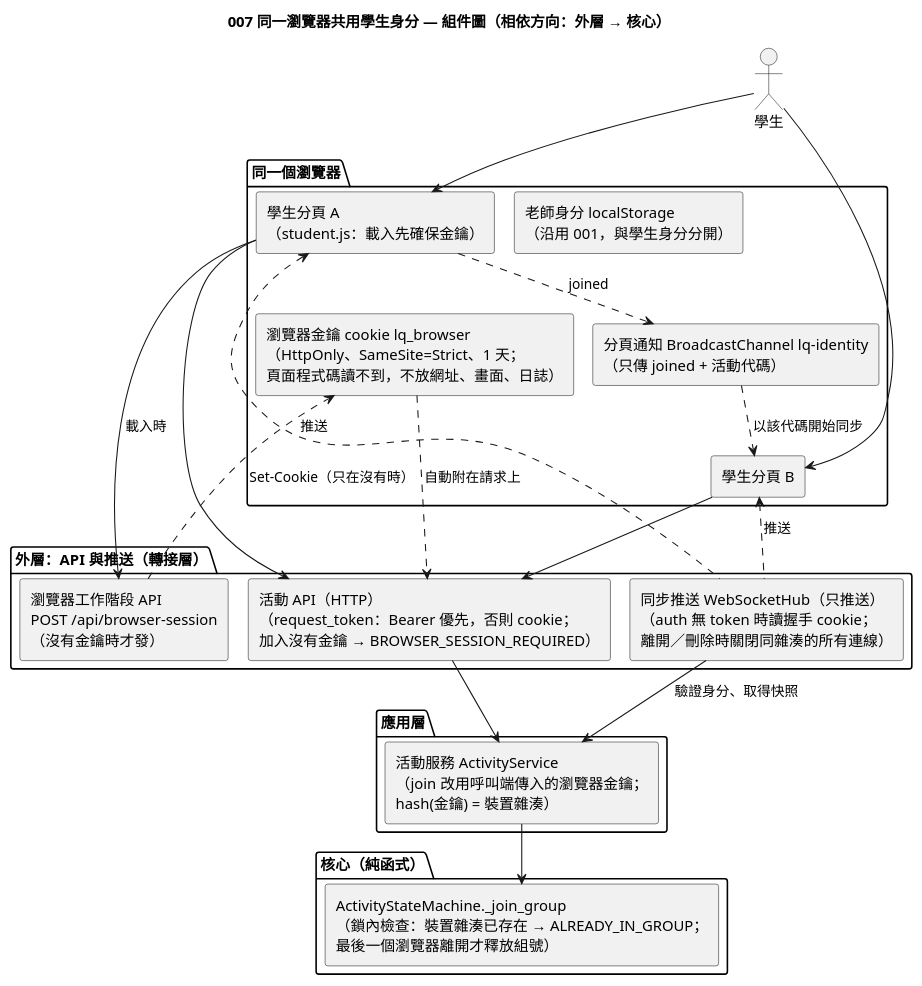
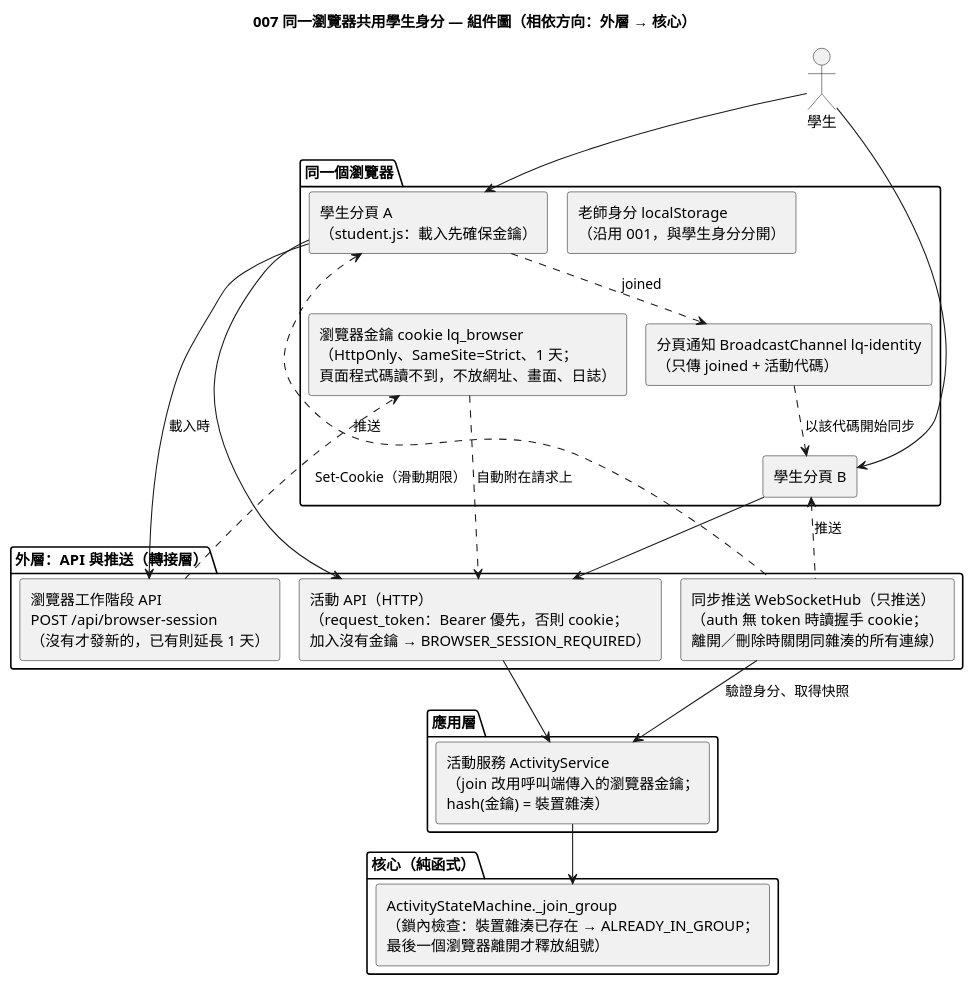
The diagram in diagrams/007-browser-identity-sync-component.puml (EricC430/lecture-answer-first_group16_speckit), drawn with PlantUML before and after one commit. The commit also changed 17 other files, not shown here.

First line of the commit message:
fix: 依獨立審查修正 007：cookie 滑動期限、加入拒絕不合格 Bearer 與老師 token、分頁通知判斷 (#36)

```diff
--- a/diagrams/007-browser-identity-sync-component.puml
+++ b/diagrams/007-browser-identity-sync-component.puml
@@ -1,46 +1,46 @@
 @startuml 007-browser-identity-sync-component
 !pragma layout smetana
 skinparam defaultFontName "Microsoft JhengHei"
 skinparam componentStyle rectangle
 title 007 同一瀏覽器共用學生身分 — 組件圖（相依方向：外層 → 核心）
 
 actor "學生" as Student
 
 package "同一個瀏覽器" {
   [學生分頁 A\n（student.js：載入先確保金鑰）] as TabA
   [學生分頁 B] as TabB
   [瀏覽器金鑰 cookie lq_browser\n（HttpOnly、SameSite=Strict、1 天；\n頁面程式碼讀不到，不放網址、畫面、日誌）] as Store
   [分頁通知 BroadcastChannel lq-identity\n（只傳 joined + 活動代碼）] as TabBus
   [老師身分 localStorage\n（沿用 001，與學生身分分開）] as TeacherStore
 }
 
 package "外層：API 與推送（轉接層）" {
-  [瀏覽器工作階段 API\nPOST /api/browser-session\n（沒有金鑰時才發）] as SessionApi
+  [瀏覽器工作階段 API\nPOST /api/browser-session\n（沒有才發新的，已有則延長 1 天）] as SessionApi
   [活動 API（HTTP）\n（request_token：Bearer 優先，否則 cookie；\n加入沒有金鑰 → BROWSER_SESSION_REQUIRED）] as Api
   [同步推送 WebSocketHub（只推送）\n（auth 無 token 時讀握手 cookie；\n離開／刪除時關閉同雜湊的所有連線）] as Sync
 }
 
 package "應用層" {
   [活動服務 ActivityService\n（join 改用呼叫端傳入的瀏覽器金鑰；\nhash(金鑰) = 裝置雜湊）] as Service
 }
 
 package "核心（純函式）" {
   [ActivityStateMachine._join_group\n（鎖內檢查：裝置雜湊已存在 → ALREADY_IN_GROUP；\n最後一個瀏覽器離開才釋放組號）] as Rules
 }
 
 Student --> TabA
 Student --> TabB
 TabA --> SessionApi : 載入時
-SessionApi ..> Store : Set-Cookie（只在沒有時）
+SessionApi ..> Store : Set-Cookie（滑動期限）
 Store ..> Api : 自動附在請求上
 TabA --> Api
 TabB --> Api
 TabA ..> TabBus : joined
 TabBus ..> TabB : 以該代碼開始同步
 TabA <.. Sync : 推送
 TabB <.. Sync : 推送
 Api --> Service
 Sync --> Service : 驗證身分、取得快照
 Service --> Rules
 TeacherStore -[hidden]- Store
 @enduml
```
